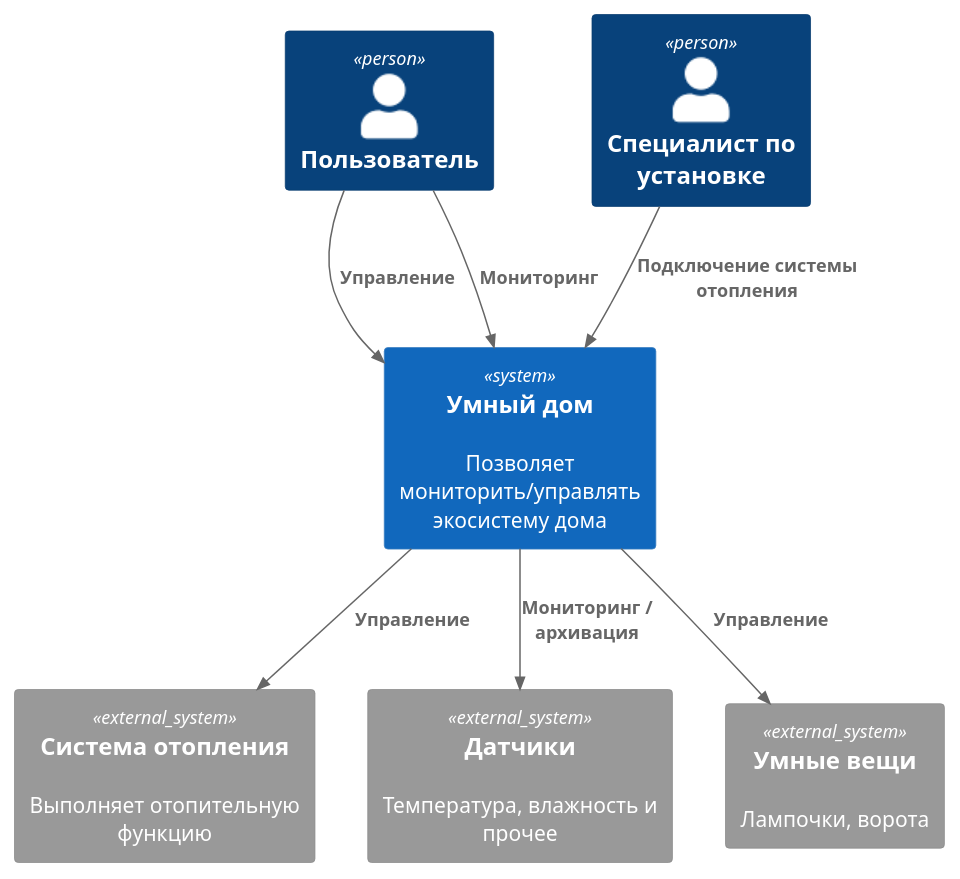
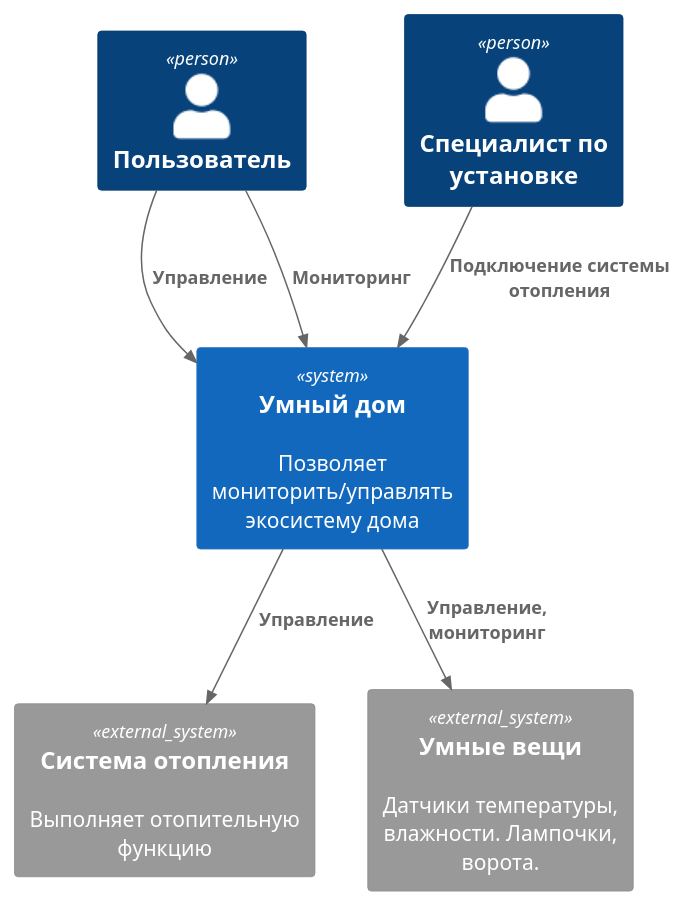
Before and after one commit to vladimir-kulgun/architecture-pro-warmhouse: the diagram in schemas/TO-BE/c1_context.puml, drawn with PlantUML. The commit also changed 6 other files, not shown here.

```diff
--- a/schemas/TO-BE/c1_context.puml
+++ b/schemas/TO-BE/c1_context.puml
@@ -1,20 +1,18 @@
 @startuml
 !include https://raw.githubusercontent.com/plantuml-stdlib/C4-PlantUML/master/C4_Context.puml
 
 Person(user, "Пользователь")
 Person(engineer, "Специалист по установке")
 
 System(smart_house, "Умный дом", "Позволяет мониторить/управлять экосистему дома")
 System_Ext(heating_system, "Система отопления", "Выполняет отопительную функцию")
-System_Ext(temperature_sensors, "Датчики", "Температура, влажность и прочее")
-System_Ext(iot_sensors, "Умные вещи", "Лампочки, ворота")
+System_Ext(iot_sensors, "Умные вещи", "Датчики температуры, влажности. Лампочки, ворота.")
 
 Rel(user, smart_house, "Управление")
 Rel(user, smart_house, "Мониторинг")
 Rel(engineer, smart_house, "Подключение системы отопления")
 
 Rel(smart_house, heating_system, "Управление")
-Rel(smart_house, temperature_sensors, "Мониторинг / архивация")
-Rel(smart_house, iot_sensors, "Управление")
+Rel(smart_house, iot_sensors, "Управление, мониторинг")
 
 @enduml
```
